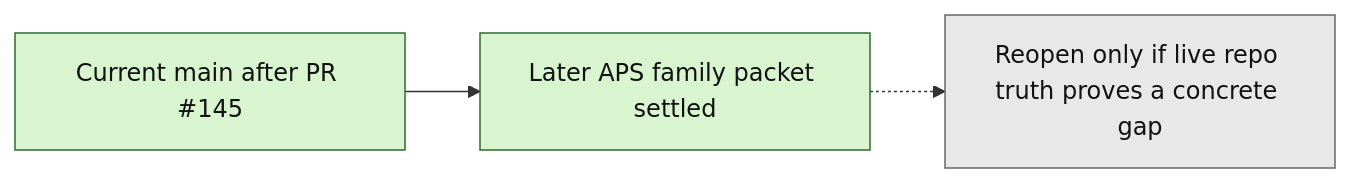
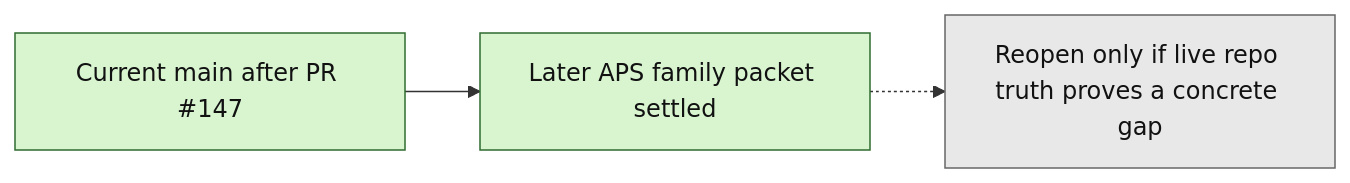
The second of 2 diagrams in next_milestone_plans/layer3_progress_board.md (benjmcd/project6_REPO_MCP_FOLDER), drawn with Mermaid before and after one commit. The commit also changed other lines of this file and 3 other files, not shown here.

Commit message:
docs(layer3): track later-family closeouts

````diff
--- a/next_milestone_plans/layer3_progress_board.md
+++ b/next_milestone_plans/layer3_progress_board.md
@@ -152,11 +152,11 @@
 ```mermaid
 flowchart LR
-    A["Current main after PR #145"] --> B["Later APS family packet settled"]
+    A["Current main after PR #147"] --> B["Later APS family packet settled"]
     B -.-> C["Reopen only if live repo truth proves a concrete gap"]
 
     classDef merged fill:#d8f5d0,stroke:#2f6b2f,color:#111;
     classDef future fill:#e8e8e8,stroke:#666,color:#111;
 
     class A,B merged;
     class C future;
 ```
````
